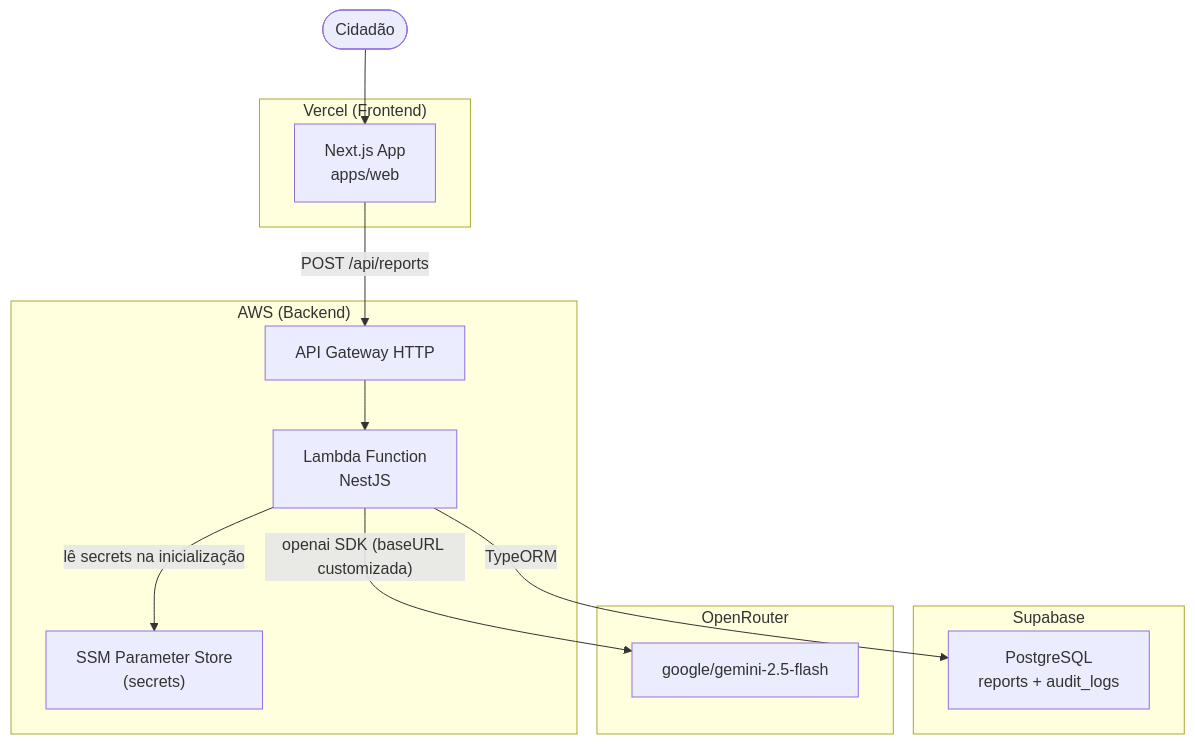
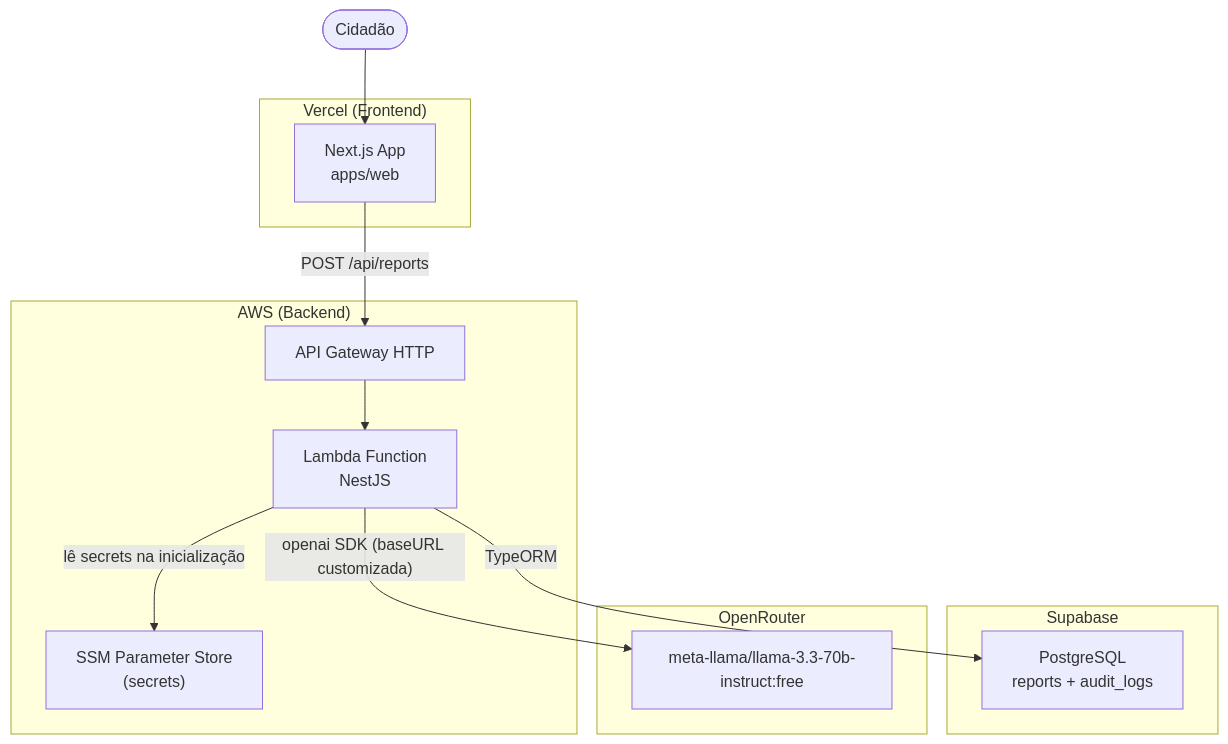
One commit to lgustavosoftwareengineer/zeladoria-inteligente changed the second of 2 diagrams in README.md. Above: the diagram before and after it, drawn with Mermaid. The commit also changed other lines of this file and 26 other files, not shown here.

````diff
--- a/README.md
+++ b/README.md
@@ -75,27 +74,27 @@
 ```mermaid
 graph TB
     subgraph Vercel["Vercel (Frontend)"]
         Web["Next.js App<br/>apps/web"]
     end
 
     subgraph AWS["AWS (Backend)"]
         APIGW["API Gateway HTTP"]
         Lambda["Lambda Function<br/>NestJS"]
         SSM["SSM Parameter Store<br/>(secrets)"]
     end
 
     subgraph Supabase["Supabase"]
         PG["PostgreSQL<br/>reports + audit_logs"]
     end
 
     subgraph OpenRouter["OpenRouter"]
-        Gemini["google/gemini-2.5-flash"]
+        Llama["meta-llama/llama-3.3-70b-instruct:free"]
     end
 
     Cidadão([Cidadão]) --> Web
     Web -->|"POST /api/reports"| APIGW
     APIGW --> Lambda
     Lambda -->|"lê secrets na inicialização"| SSM
     Lambda -->|"TypeORM"| PG
-    Lambda -->|"openai SDK (baseURL customizada)"| Gemini
+    Lambda -->|"openai SDK (baseURL customizada)"| Llama
 ```
````
